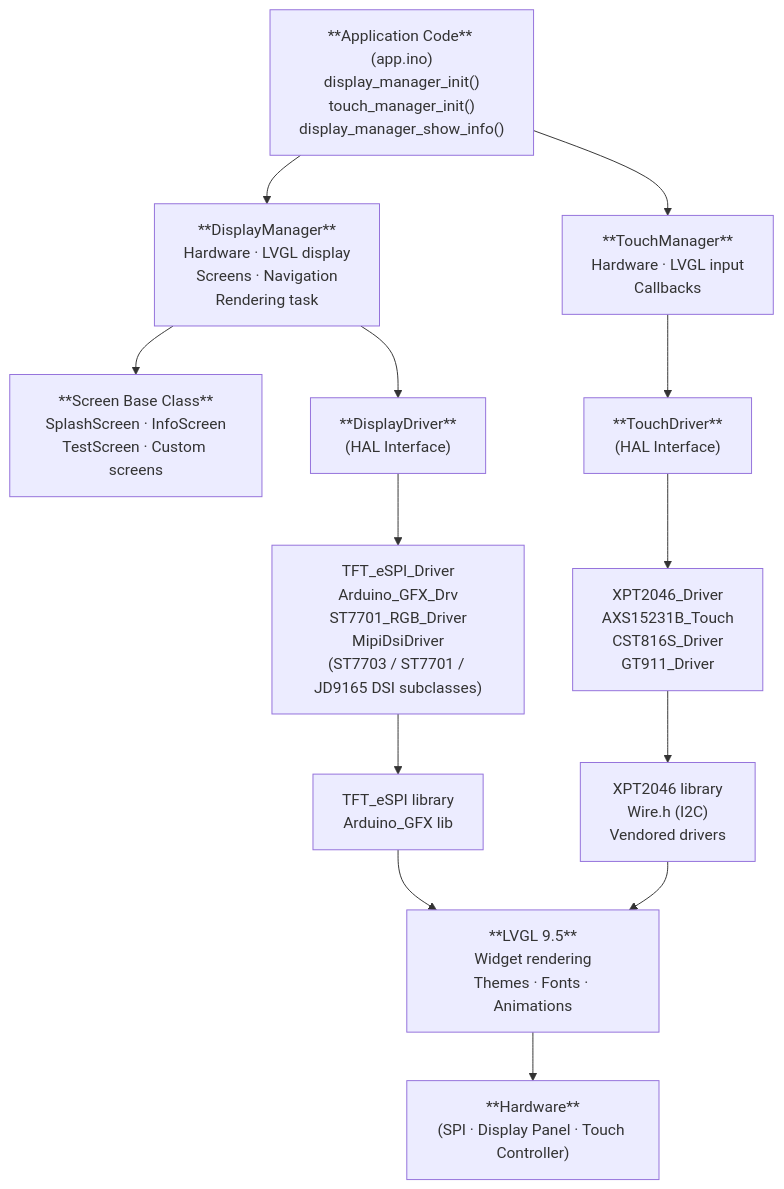
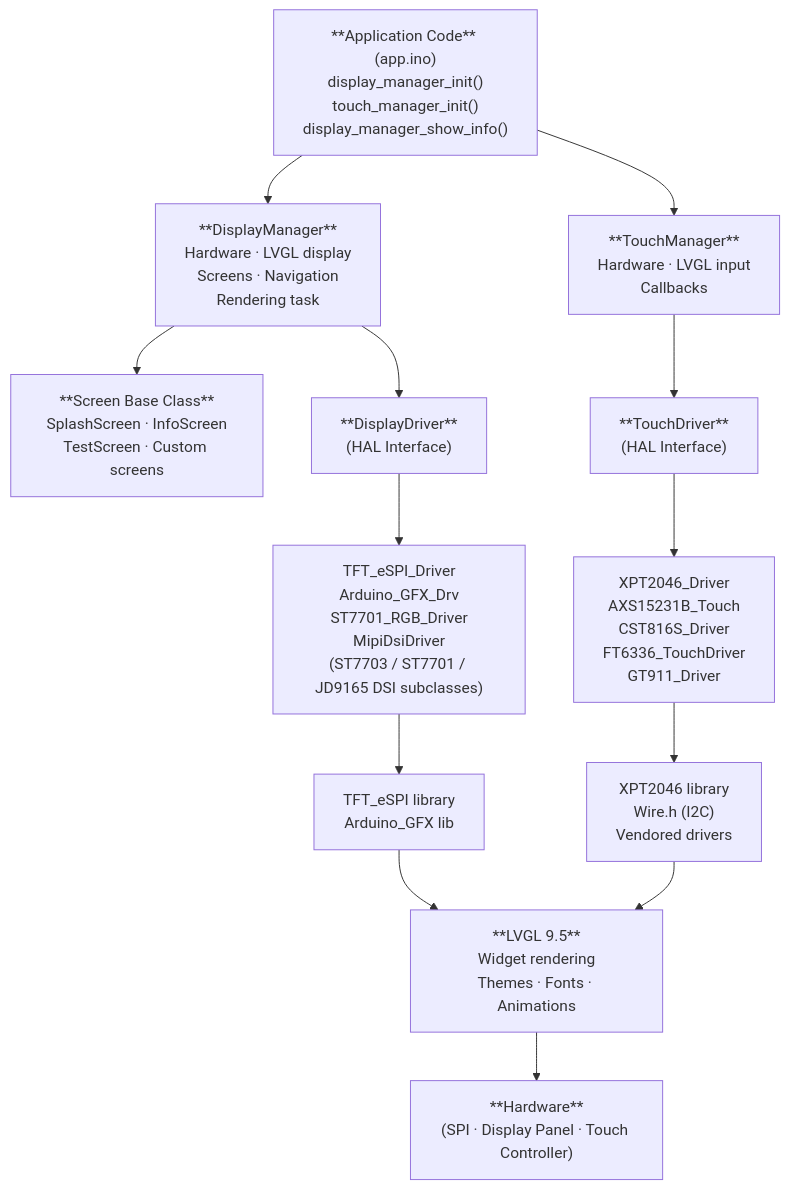
The first of 6 diagrams in docs/dev/display-touch-architecture.md (jantielens/esp32-macropad), drawn with Mermaid before and after one commit. The commit also changed other lines of this file and 34 other files, not shown here.

````diff
--- a/docs/dev/display-touch-architecture.md
+++ b/docs/dev/display-touch-architecture.md
@@ -56,16 +56,16 @@
 ```mermaid
 graph TD
     App["**Application Code** (app.ino)<br/>display_manager_init()<br/>touch_manager_init()<br/>display_manager_show_info()"]
     App --> DM["**DisplayManager**<br/>Hardware · LVGL display<br/>Screens · Navigation<br/>Rendering task"]
     App --> TM["**TouchManager**<br/>Hardware · LVGL input<br/>Callbacks"]
     DM --> Screens["**Screen Base Class**<br/>SplashScreen · InfoScreen<br/>TestScreen · Custom screens"]
     DM --> DD["**DisplayDriver**<br/>(HAL Interface)"]
     TM --> TD["**TouchDriver**<br/>(HAL Interface)"]
     DD --> DImpl["TFT_eSPI_Driver<br/>Arduino_GFX_Drv<br/>ST7701_RGB_Driver<br/>MipiDsiDriver<br/>(ST7703 / ST7701 / JD9165 DSI subclasses)"]
-    TD --> TImpl["XPT2046_Driver<br/>AXS15231B_Touch<br/>CST816S_Driver<br/>GT911_Driver"]
+    TD --> TImpl["XPT2046_Driver<br/>AXS15231B_Touch<br/>CST816S_Driver<br/>FT6336_TouchDriver<br/>GT911_Driver"]
     DImpl --> Lib1["TFT_eSPI library<br/>Arduino_GFX lib"]
     TImpl --> Lib2["XPT2046 library<br/>Wire.h (I2C)<br/>Vendored drivers"]
     Lib1 --> LVGL["**LVGL 9.5**<br/>Widget rendering<br/>Themes · Fonts · Animations"]
     Lib2 --> LVGL
     LVGL --> HW["**Hardware**<br/>(SPI · Display Panel · Touch Controller)"]
 ```
````
